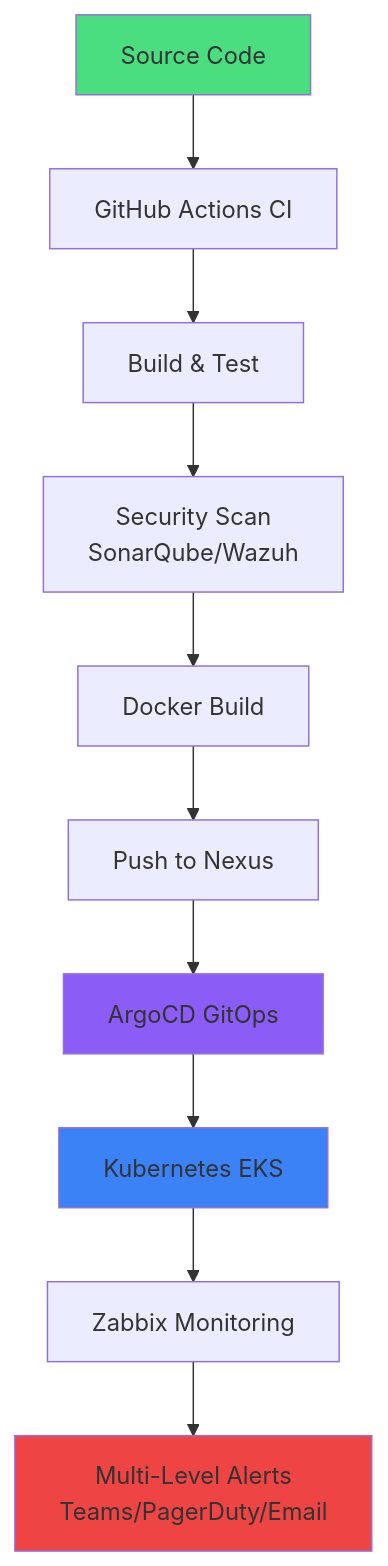
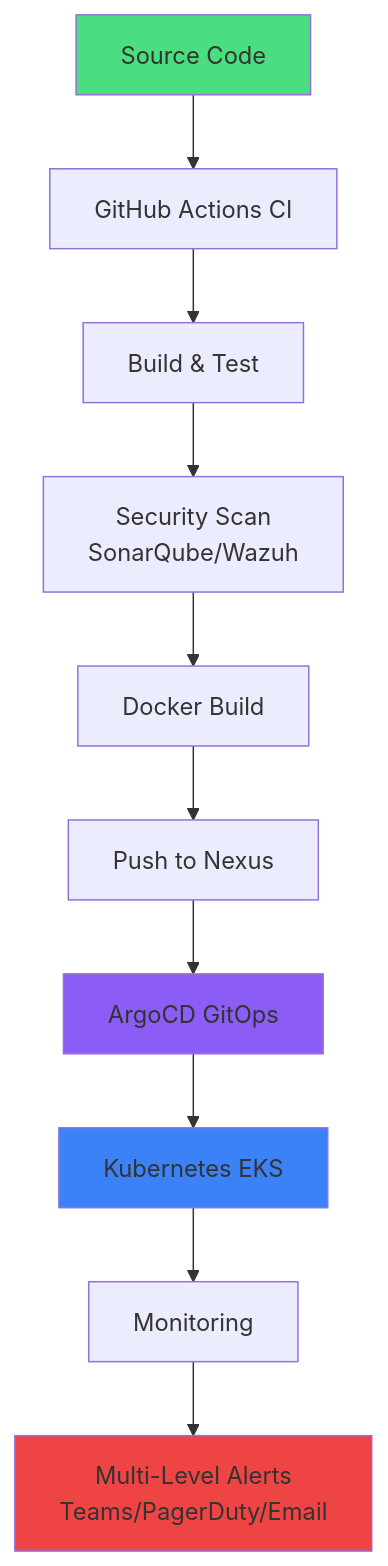
One commit to shivam2003-dev/shivam2003-dev changed the diagram in README.md. Above: the diagram before and after it, drawn with Mermaid.

````diff
--- a/README.md
+++ b/README.md
@@ -114,17 +114,17 @@
 ```mermaid
 graph TB
     A[Source Code] --> B[GitHub Actions CI]
     B --> C[Build & Test]
     C --> D[Security Scan<br/>SonarQube/Wazuh]
     D --> E[Docker Build]
     E --> F[Push to Nexus]
     F --> G[ArgoCD GitOps]
     G --> H[Kubernetes EKS]
-    H --> I[Zabbix Monitoring]
+    H --> I[ Monitoring]
     I --> J[Multi-Level Alerts<br/>Teams/PagerDuty/Email]
     
     style A fill:#4ade80
     style G fill:#8b5cf6
     style H fill:#3b82f6
     style J fill:#ef4444
 ```
````
